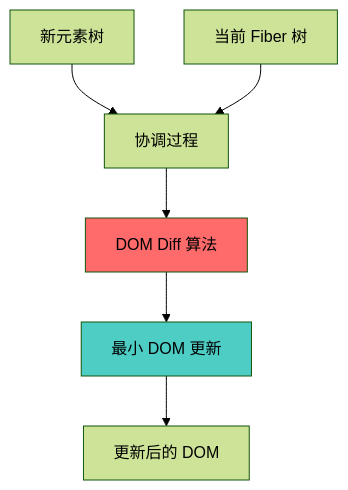
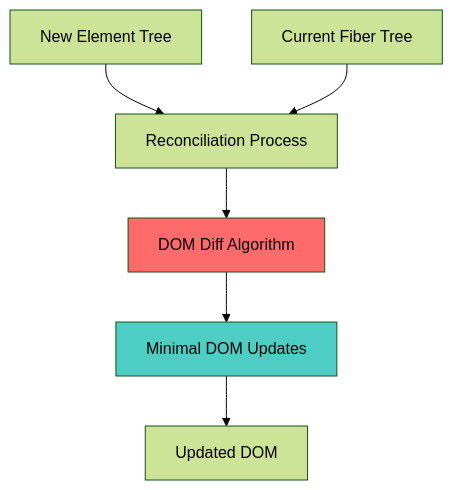
One commit to changcheng1/react18-source-implementation changed diagram 11 of 11 in README_CN.md. Above: the diagram before and after it, drawn with Mermaid (forest theme). The commit also changed other lines of this file, not shown here.

````diff
--- a/README_CN.md
+++ b/README_CN.md
@@ -3059,11 +2427,11 @@
 ```mermaid
 graph TB
-    A[新元素树] --> B[协调过程]
-    C[当前 Fiber 树] --> B
-    B --> D[DOM Diff 算法]
-    D --> E[最小 DOM 更新]
-    E --> F[更新后的 DOM]
+    A[New Element Tree] --> B[Reconciliation Process]
+    C[Current Fiber Tree] --> B
+    B --> D[DOM Diff Algorithm]
+    D --> E[Minimal DOM Updates]
+    E --> F[Updated DOM]
 
     style D fill:#ff6b6b
     style E fill:#4ecdc4
 ```
````
